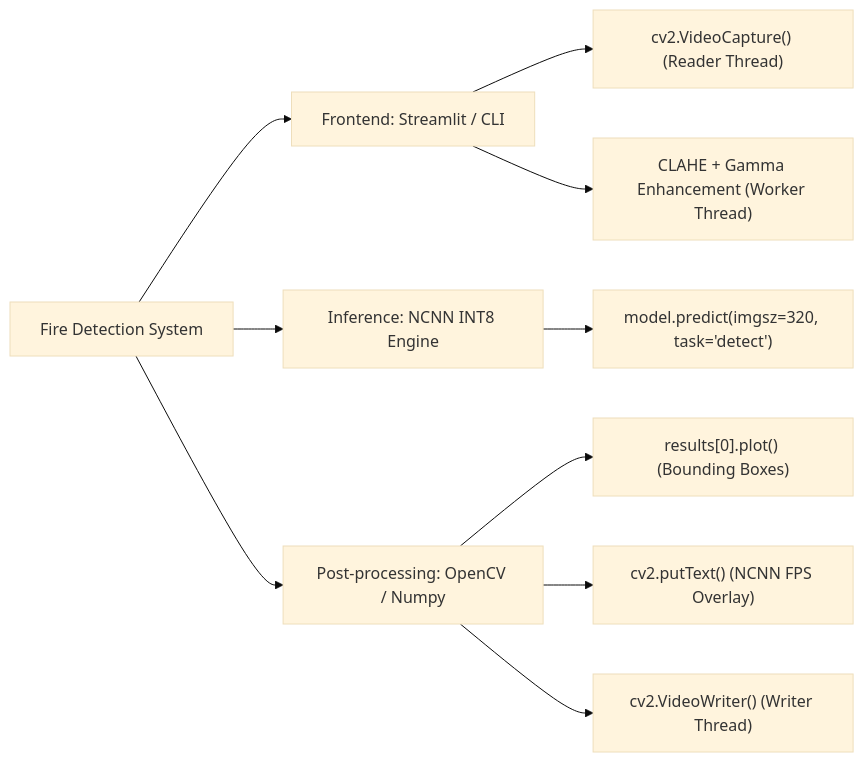
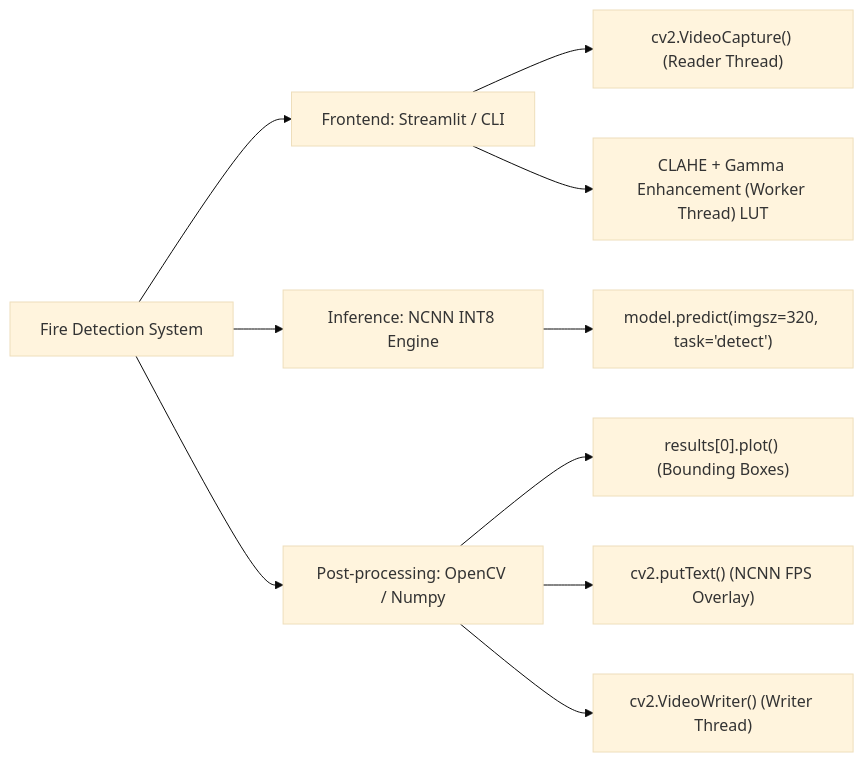
Before and after one commit to hank921109/114-2-Fire_Smoke_Detection: the first of 3 diagrams in README.md, drawn with Mermaid (base theme). The commit also changed other lines of this file and 1 other file, not shown here.

Commit message:
perf: pre-calculate Gamma LUT and update README diagrams

````diff
--- a/README.md
+++ b/README.md
@@ -56,16 +56,16 @@
 ```mermaid
 graph LR
     System[Fire Detection System]
 
     System --> UI[Frontend: Streamlit / CLI]
     UI --> UI1["cv2.VideoCapture() (Reader Thread)"]
-    UI --> UI2["CLAHE + Gamma Enhancement (Worker Thread)"]
+    UI --> UI2["CLAHE + Gamma Enhancement (Worker Thread) LUT"]
 
     System --> Core[Inference: NCNN INT8 Engine]
     Core --> Core1["model.predict(imgsz=320, task='detect')"]
 
     System --> Post[Post-processing: OpenCV / Numpy]
     Post --> Post1["results[0].plot() (Bounding Boxes)"]
     Post --> Post2["cv2.putText() (NCNN FPS Overlay)"]
     Post --> Post3["cv2.VideoWriter() (Writer Thread)"]
 ```
````
